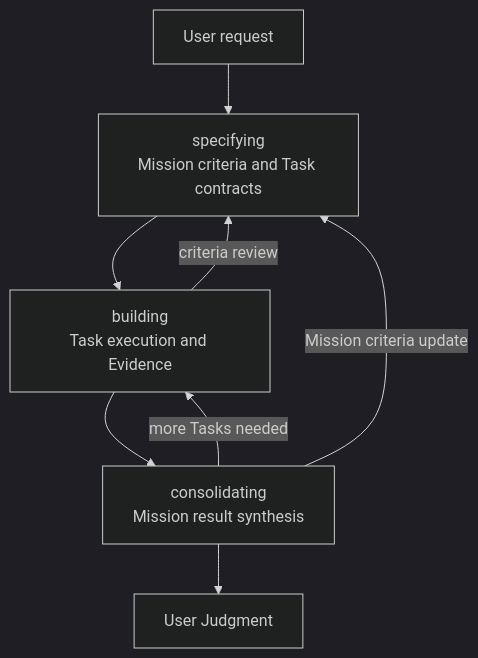
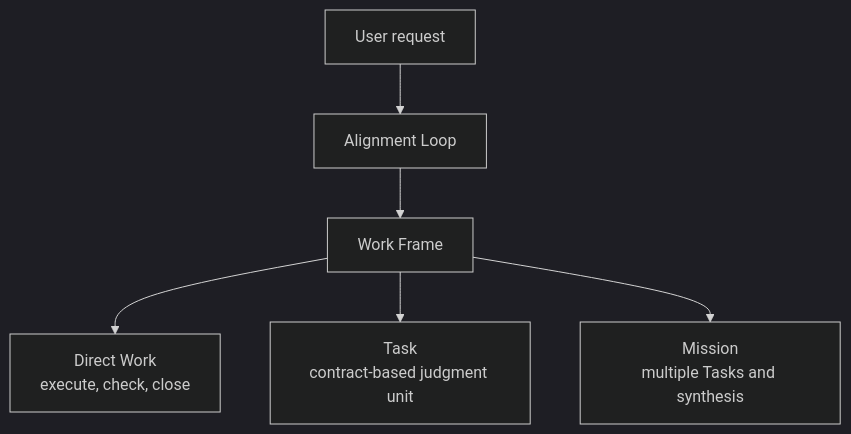
Before and after one commit to choam2426/Geas: the first of 2 diagrams in README.md, drawn with Mermaid (dark theme). The commit also changed other lines of this file and 1 other file, not shown here.

````diff
--- a/README.md
+++ b/README.md
@@ -101,10 +103,8 @@
 ```mermaid
 flowchart TD
-  request["User request"] --> specifying["specifying<br/>Mission criteria and Task contracts"]
-  specifying --> building["building<br/>Task execution and Evidence"]
-  building --> consolidating["consolidating<br/>Mission result synthesis"]
-  consolidating --> judgment["User Judgment"]
-  building -->|"criteria review"| specifying
-  consolidating -->|"more Tasks needed"| building
-  consolidating -->|"Mission criteria update"| specifying
+  request["User request"] --> align["Alignment Loop"]
+  align --> frame["Work Frame"]
+  frame --> direct["Direct Work<br/>execute, check, close"]
+  frame --> task["Task<br/>contract-based judgment unit"]
+  frame --> mission["Mission<br/>multiple Tasks and synthesis"]
 ```
````
